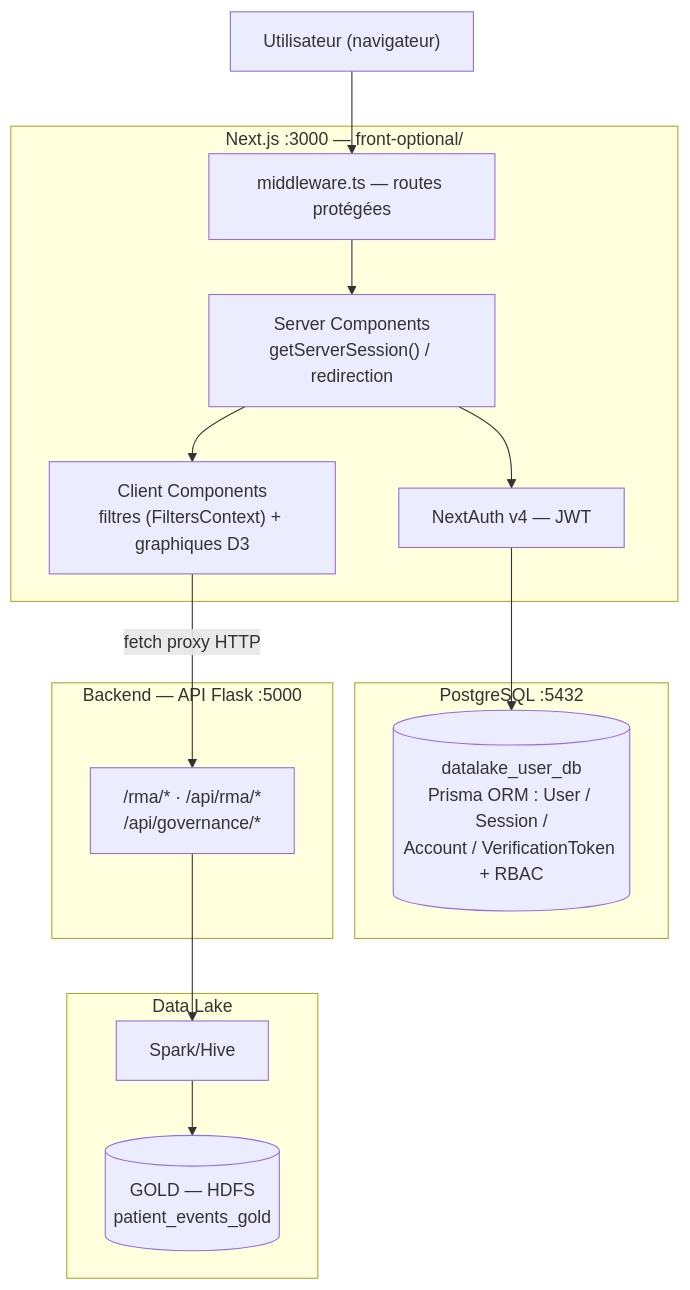
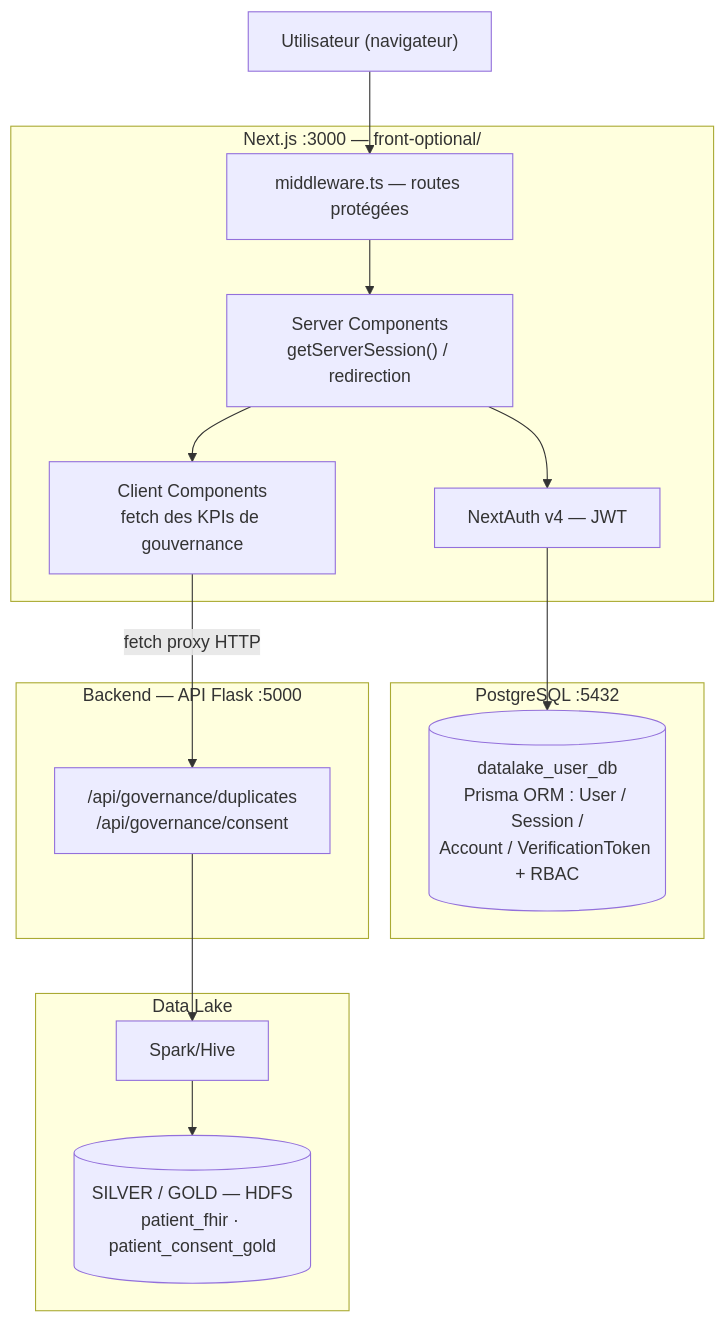
The diagram in GUIDE/guide-frontend.md (Alphamanjaka/test-big-data), drawn with Mermaid before and after one commit. The commit also changed other lines of this file and 65 other files, not shown here.

Commit message:
Retrait du RMA : front recentre (synthese/doublons/gouvernance), API gouvernance seule 3/3, docs et memoire alignes

````diff
--- a/GUIDE/guide-frontend.md
+++ b/GUIDE/guide-frontend.md
@@ -119,29 +113,29 @@
 ```mermaid
 flowchart TB
     U["Utilisateur (navigateur)"]
 
     subgraph NEXT["Next.js :3000 — front-optional/"]
         MID["middleware.ts — routes protégées"]
         SS["Server Components<br/>getServerSession() / redirection"]
         NC["NextAuth v4 — JWT"]
-        CC["Client Components<br/>filtres (FiltersContext) + graphiques D3"]
+        CC["Client Components<br/>fetch des KPIs de gouvernance"]
     end
 
     subgraph PGSQL["PostgreSQL :5432"]
         DB[("datalake_user_db<br/>Prisma ORM : User / Session /<br/>Account / VerificationToken + RBAC")]
     end
 
     subgraph BEND["Backend — API Flask :5000"]
-        RMA["/rma/* · /api/rma/*<br/>/api/governance/*"]
+        GOV["/api/governance/duplicates<br/>/api/governance/consent"]
     end
 
     subgraph DL["Data Lake"]
         HIVE2["Spark/Hive"]
-        GOLD2[("GOLD — HDFS<br/>patient_events_gold")]
+        WAREHOUSE2[("SILVER / GOLD — HDFS<br/>patient_fhir · patient_consent_gold")]
     end
 
     U --> MID --> SS
     SS --> NC --> DB
     SS --> CC
-    CC -->|"fetch proxy HTTP"| RMA --> HIVE2 --> GOLD2
+    CC -->|"fetch proxy HTTP"| GOV --> HIVE2 --> WAREHOUSE2
 ```
````
